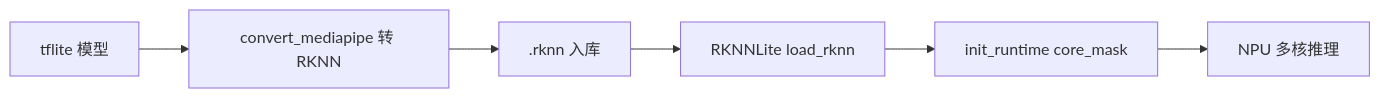
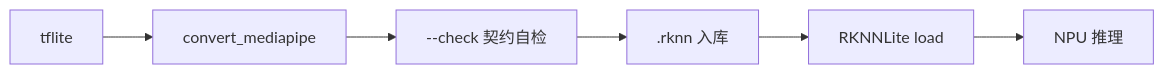
One commit to aibittek/course_generate_agent changed the seventh of 8 diagrams in courses/sheet1/robot_vision/_parts/experiment-9.md. Above: the diagram before and after it, drawn with Mermaid. The commit also changed other lines of this file and 98 other files, not shown here.

````diff
--- a/courses/sheet1/robot_vision/_parts/experiment-9.md
+++ b/courses/sheet1/robot_vision/_parts/experiment-9.md
@@ -424,8 +422,8 @@
 ```mermaid
 graph LR
-    A[tflite 模型] --> B[convert_mediapipe 转 RKNN]
-    B --> C[.rknn 入库]
-    C --> D[RKNNLite load_rknn]
-    D --> E[init_runtime core_mask]
-    E --> F[NPU 多核推理]
+    A[tflite] --> B[convert_mediapipe]
+    B --> C[--check 契约自检]
+    C --> D[.rknn 入库]
+    D --> E[RKNNLite load]
+    E --> F[NPU 推理]
 ```
````
